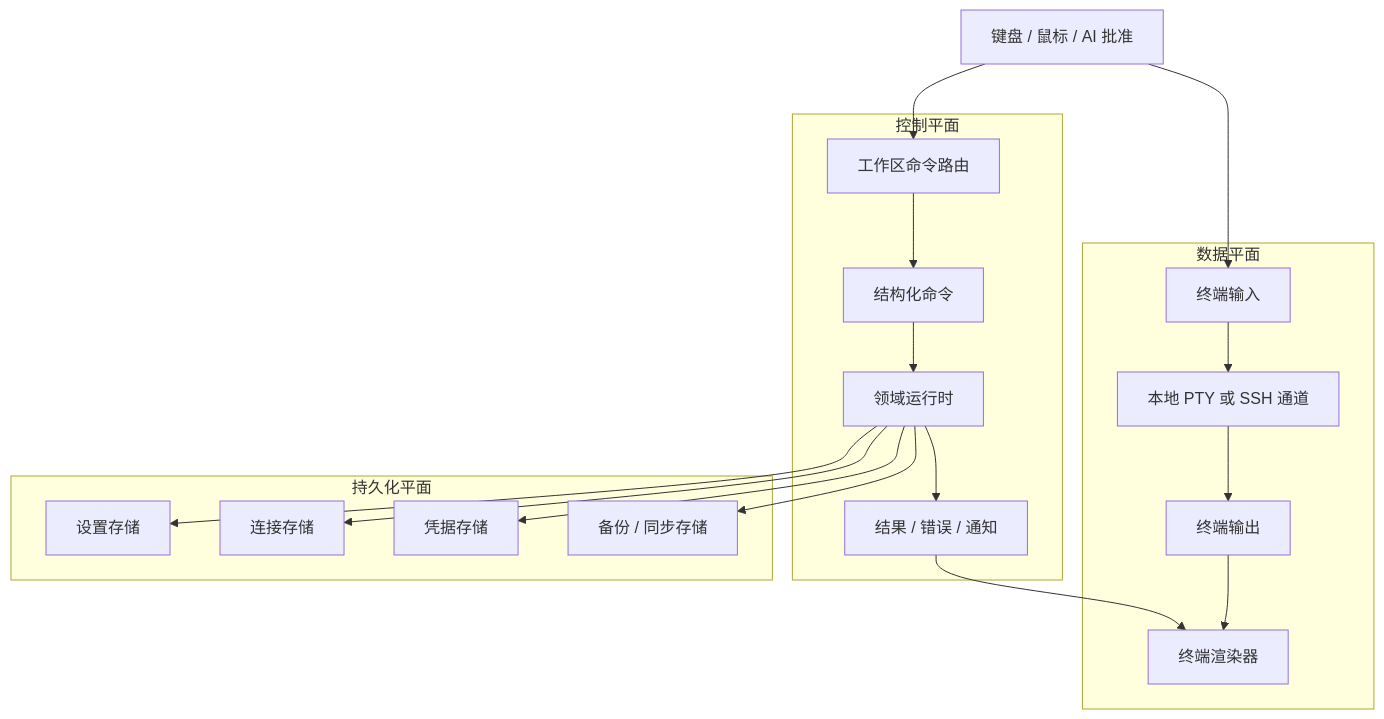
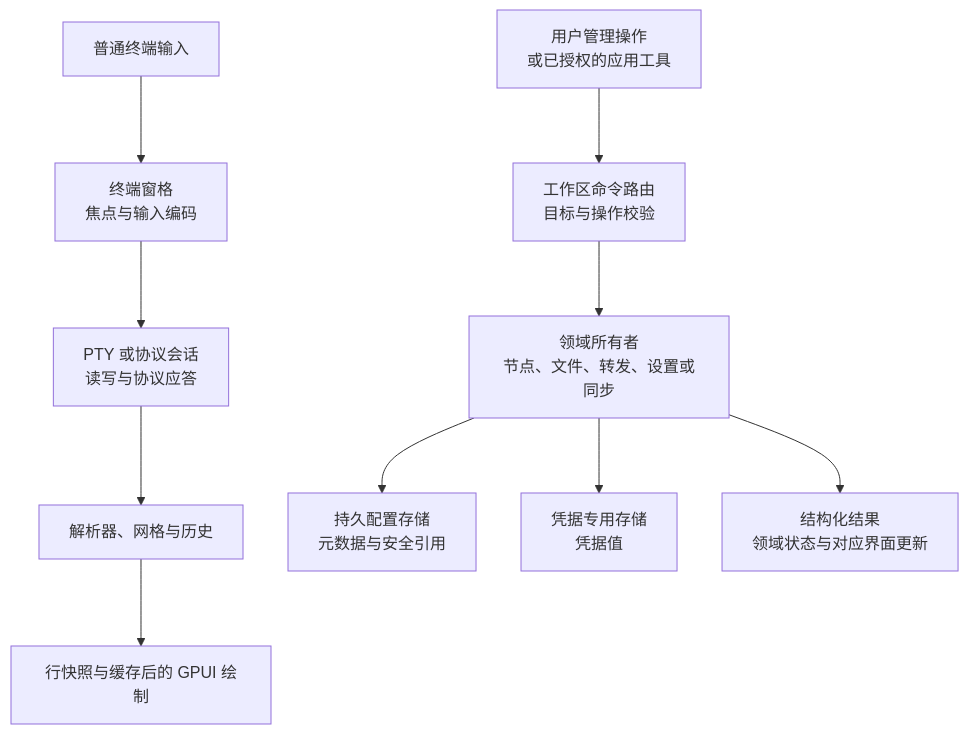
One commit to AnalyseDeCircuit/oxideterm changed the fourth of 46 diagrams in docs/user-guide/zh-Hans/architecture.md. Above: the diagram before and after it, drawn with Mermaid. The commit also changed other lines of this file and 1 other file, not shown here.

Commit message:
docs(architecture): expand native subsystem diagrams and ownership flows

````diff
--- a/docs/user-guide/zh-Hans/architecture.md
+++ b/docs/user-guide/zh-Hans/architecture.md
@@ -282,28 +307,25 @@
 ```mermaid
+%%{init: {"layout": "dagre", "flowchart": {"nodeSpacing": 45, "rankSpacing": 75, "curve": "basis"}}}%%
 flowchart TB
-    Input["键盘 / 鼠标 / AI 批准"] --> Router["工作区命令路由"]
+    Input["普通终端输入"]
+    Pane["终端窗格<br/>焦点与输入编码"]
+    Runtime["PTY 或协议会话<br/>读写与协议应答"]
+    Model["解析器、网格与历史"]
+    Draw["行快照与缓存后的 GPUI 绘制"]
+    Action["用户管理操作<br/>或已授权的应用工具"]
+    Route["工作区命令路由<br/>目标与操作校验"]
+    Owner["领域所有者<br/>节点、文件、转发、设置或同步"]
+    Persist["持久配置存储<br/>元数据与安全引用"]
+    Secret["凭据专用存储<br/>凭据值"]
+    Result["结构化结果<br/>领域状态与对应界面更新"]
 
-    subgraph DataPlane["数据平面"]
-        TermIn["终端输入"]
-        PtyOrSsh["本地 PTY 或 SSH 通道"]
-        TermOut["终端输出"]
-        Renderer["终端渲染器"]
-        TermIn --> PtyOrSsh --> TermOut --> Renderer
-    end
-
-    subgraph ControlPlane["控制平面"]
-        Router --> Cmd["结构化命令"]
-        Cmd --> Domain["领域运行时"]
-        Domain --> Result["结果 / 错误 / 通知"]
-    end
-
-    subgraph PersistencePlane["持久化平面"]
-        Domain --> SettingsStore["设置存储"]
-        Domain --> ConnectionStore["连接存储"]
-        Domain --> SecretStore["凭据存储"]
-        Domain --> BackupStore["备份 / 同步存储"]
-    end
-
-    Input --> TermIn
-    Result --> Renderer
+    Input --> Pane
+    Pane --> Runtime
+    Runtime --> Model
+    Model --> Draw
+    Action --> Route
+    Route --> Owner
+    Owner --> Persist
+    Owner --> Secret
+    Owner --> Result
 ```
````
